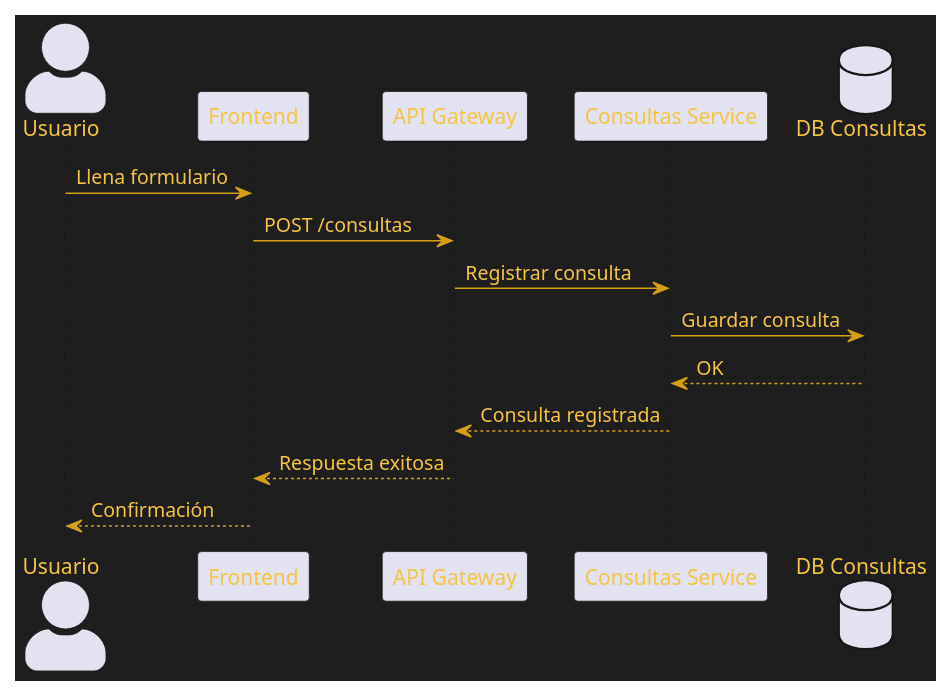
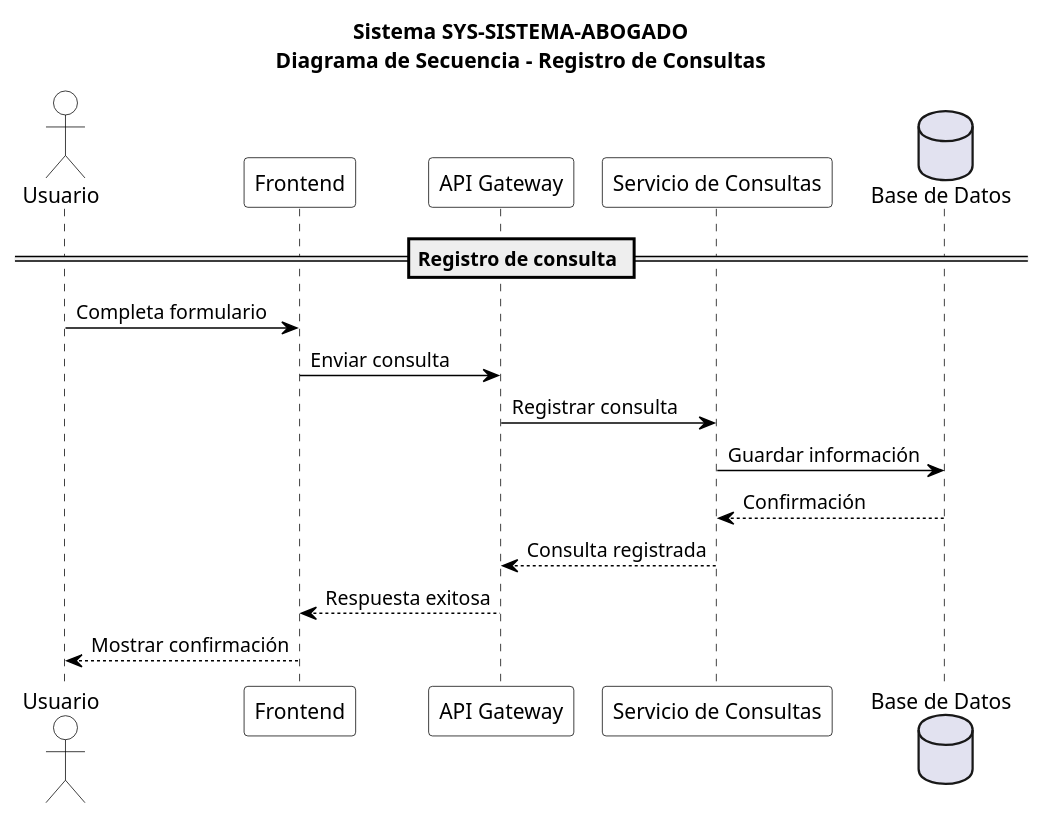
Before and after one commit to OscarBuildsBv/SYS_CANDIDATO_DOC: the diagram in 2-MODELO_UML/Comportamiento/2-Secuencia/secuencia-consultas.puml, drawn with PlantUML. The commit also changed 6 other files, not shown here.

```diff
--- a/2-MODELO_UML/Comportamiento/2-Secuencia/secuencia-consultas.puml
+++ b/2-MODELO_UML/Comportamiento/2-Secuencia/secuencia-consultas.puml
@@ -1,39 +1,43 @@
 @startuml
+title Sistema SYS-SISTEMA-ABOGADO\nDiagrama de Secuencia - Registro de Consultas
 
-skinparam backgroundColor #1E1E1E
-skinparam packageStyle folder
+skinparam backgroundColor white
 skinparam shadowing false
-skinparam actorStyle awesome
 
-skinparam package {
-    BackgroundColor #1E1E1E
-    BorderColor #D4A017
-    RoundCorner 10
+skinparam sequence {
+    ArrowColor black
+    LifeLineBorderColor black
+    LifeLineBackgroundColor white
+    ParticipantBorderColor black
+    ParticipantBackgroundColor white
+    ParticipantFontColor black
+    ActorBorderColor black
+    ActorBackgroundColor white
+    ActorFontColor black
 }
 
-skinparam usecase {
-    BackgroundColor #2B2B2B
-    BorderColor #D4A017
-    FontColor #F5C542
-    ArrowColor #D4A017
-}
-
-skinparam ArrowColor #D4A017
-skinparam defaultFontColor #F5C542
+skinparam defaultFontColor black
 
 actor Usuario
+
 participant Frontend
 participant "API Gateway" as API
-participant "Consultas Service" as Consultas
-database "DB Consultas" as DB
+participant "Servicio de Consultas" as Consultas
+database "Base de Datos" as BD
 
-Usuario -> Frontend : Llena formulario
-Frontend -> API : POST /consultas
+== Registro de consulta ==
+
+Usuario -> Frontend : Completa formulario
+Frontend -> API : Enviar consulta
+
 API -> Consultas : Registrar consulta
-Consultas -> DB : Guardar consulta
-DB --> Consultas : OK
+
+Consultas -> BD : Guardar información
+BD --> Consultas : Confirmación
+
 Consultas --> API : Consulta registrada
 API --> Frontend : Respuesta exitosa
-Frontend --> Usuario : Confirmación
+
+Frontend --> Usuario : Mostrar confirmación
 
 @enduml
```
